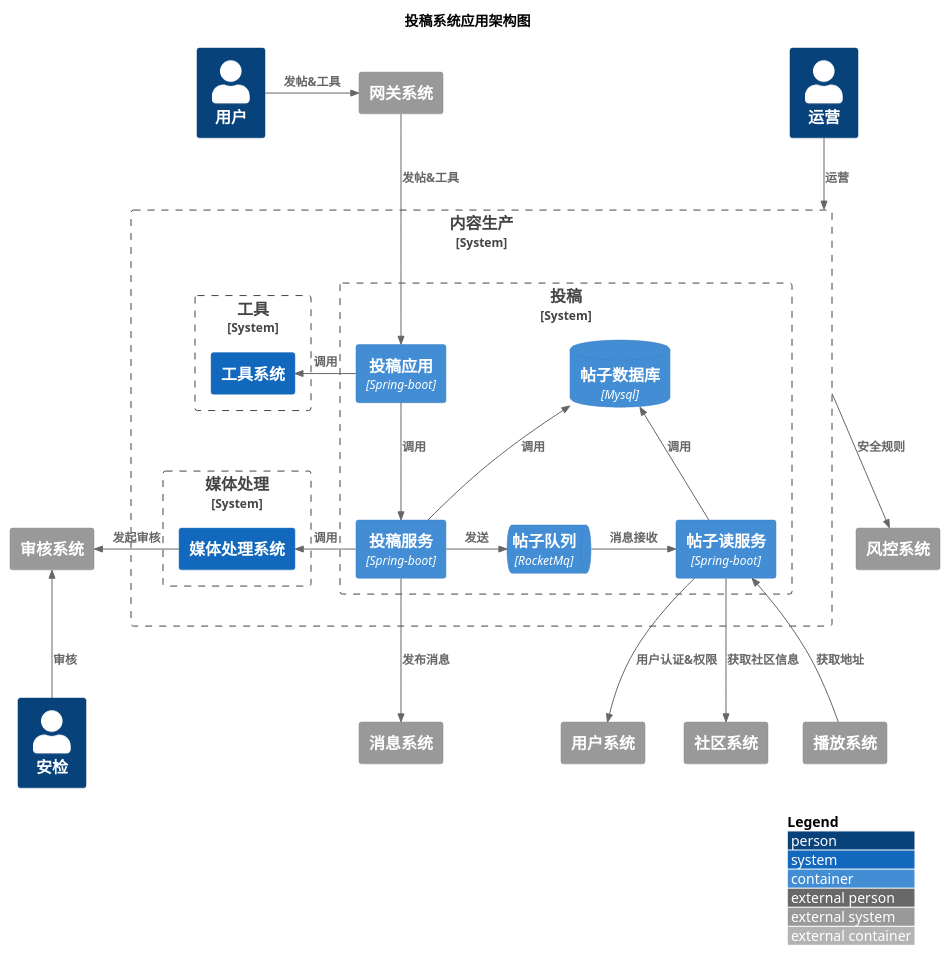
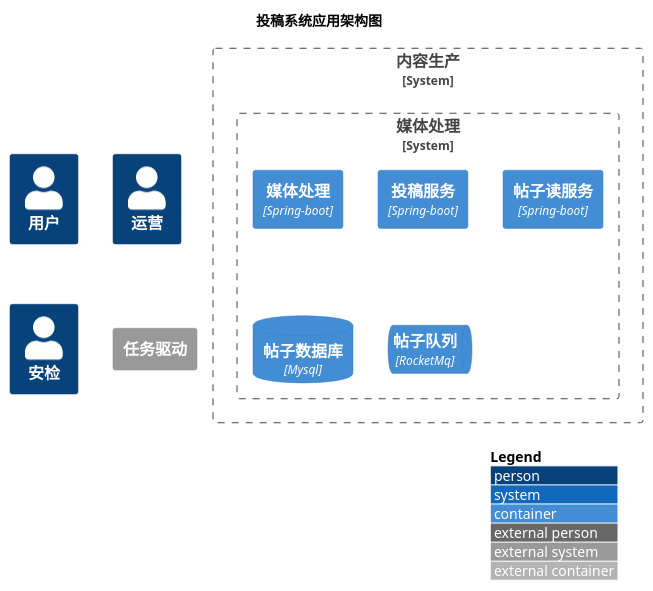
The diagram in puml/content/mediaprocess/container.puml (nxnnxn/community-doc), drawn with PlantUML before and after one commit. The commit also changed 26 other files, not shown here.

```diff
--- a/puml/content/mediaprocess/container.puml
+++ b/puml/content/mediaprocess/container.puml
@@ -1,61 +1,29 @@
 @startuml
 !include <C4/C4_Container>
 LAYOUT_WITH_LEGEND()
 
 title 投稿系统应用架构图
 
 Person(user, "用户")
 Person(user1, "运营")
 Person(user2, "安检")
 
 System_Boundary(contentProduction, "内容生产"){
-    System_Boundary(postBoundary, "投稿") {
-          Container(postFacade, "投稿应用","Spring-boot")
+    System_Boundary(mediaProcessBoundary, "媒体处理") {
+          Container(mediaProcessService, "媒体处理","Spring-boot")
           Container(postService, "投稿服务","Spring-boot")
           Container(postReadService, "帖子读服务","Spring-boot")
           ContainerDb(postDatabase, "帖子数据库", "Mysql")
           ContainerQueue(postQueue, "帖子队列", "RocketMq")
-          Rel(postFacade, postService, "调用")
-          Rel_U(postService, postDatabase, "调用")
-          Rel_U(postReadService, postDatabase, "调用")
-          Rel_R(postService,postQueue, "发送")
-          Rel_R(postQueue,postReadService, "消息接收")
-    }
-    System_Boundary(mediaProcessBoundary, "媒体处理") {
-           System(media_process, "媒体处理系统")
-    }
-    System_Boundary(postToolBoundary, "工具") {
-          System(postTool, "工具系统")
-    }
-    Rel_L(postService, media_process, "调用")
-    Rel_L(postFacade, postTool, "调用")
+
+   }
 }
 
-System_Ext(security,"风控系统")
-System_Ext(userSystem,"用户系统")
-System_Ext(community, "社区系统")
-System_Ext(audit, "审核系统")
-System_Ext(message, "消息系统")
-System_Ext(play, "播放系统")
-System_Ext(gateway,"网关系统")
-
-Rel_R(user, gateway, "发帖&工具")
-Rel(gateway, postFacade, "发帖&工具")
-Rel(user1,contentProduction, "运营")
-
-Rel(contentProduction, security, "安全规则")
-Rel(postReadService, userSystem, "用户认证&权限")
-Rel(postReadService, community, "获取社区信息")
-Rel(postService, message, "发布消息")
-Rel_U(play, postReadService, "获取地址")
-Rel_L(media_process, audit, "发起审核")
-Rel_U(user2, audit, "审核")
-
-
+System_Ext("dts","任务驱动")
 
 
 
 
 
 
 @enduml
```
